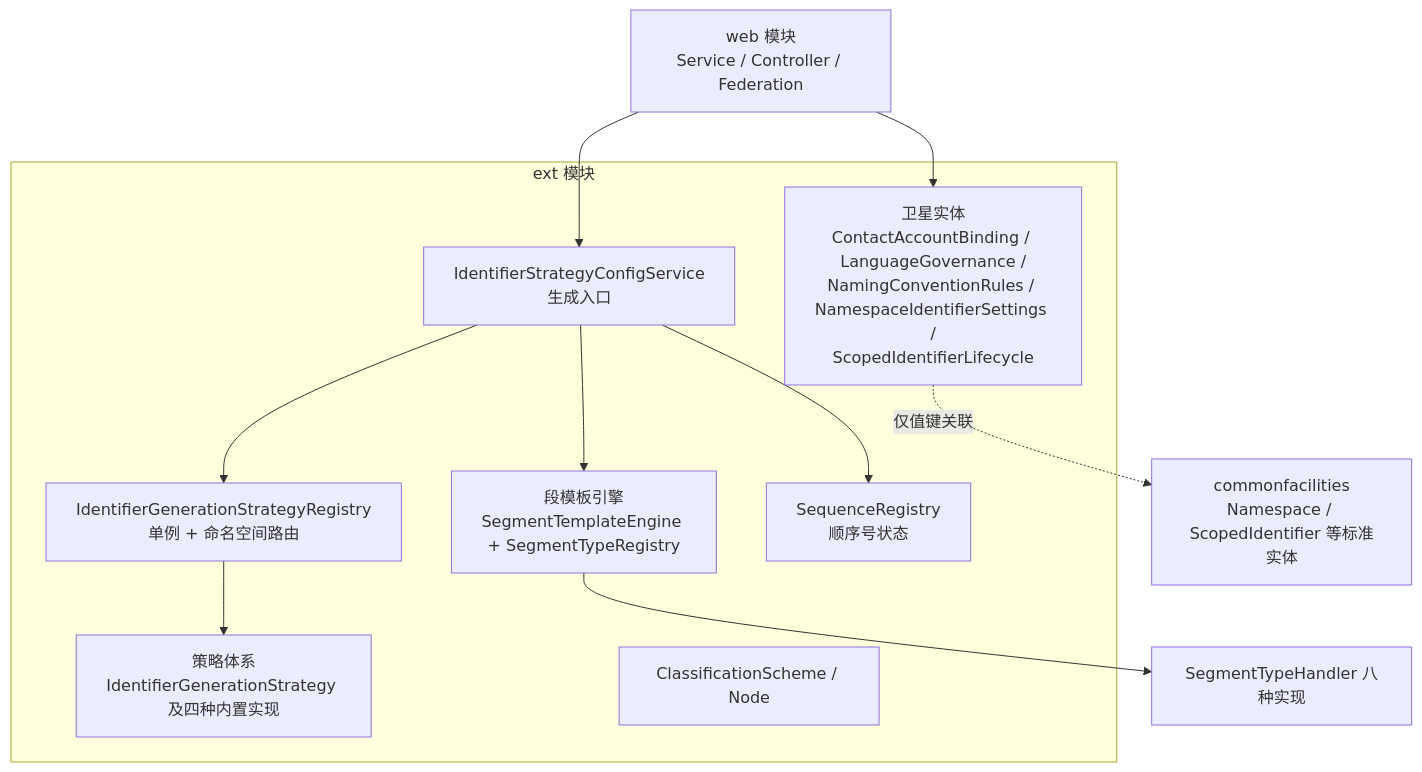
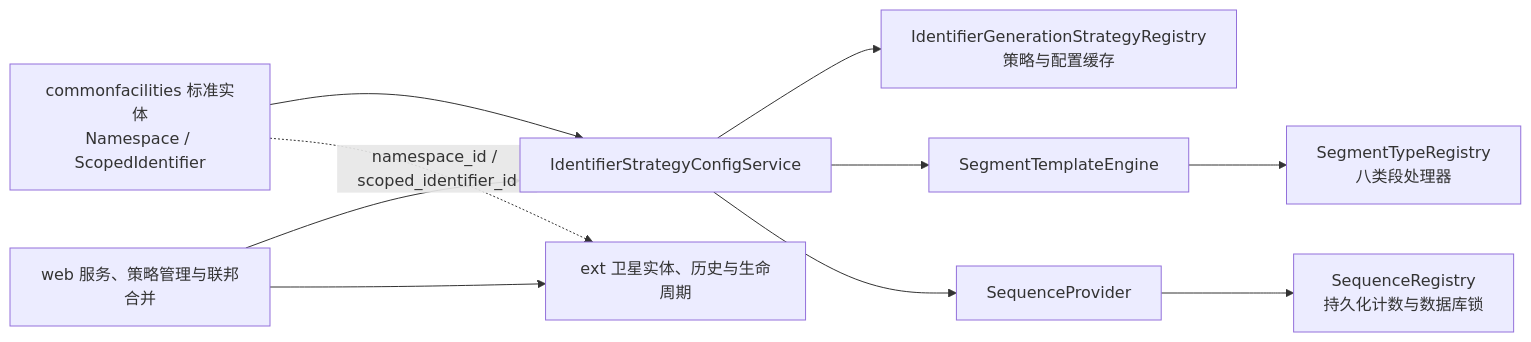
The diagram in docs/architecture/modules/metadata-registry-ext-src.md (matrixlane/MetadataRegistry4J), drawn with Mermaid before and after one commit. The commit also changed other lines of this file and 321 other files, not shown here.

````diff
--- a/docs/architecture/modules/metadata-registry-ext-src.md
+++ b/docs/architecture/modules/metadata-registry-ext-src.md
@@ -13,22 +39,12 @@
 ```mermaid
-graph TD
-    subgraph ext 模块
-        A[卫星实体<br/>ContactAccountBinding / LanguageGovernance /<br/>NamingConventionRules / NamespaceIdentifierSettings /<br/>ScopedIdentifierLifecycle]
-        B[策略体系<br/>IdentifierGenerationStrategy 及四种内置实现]
-        C[IdentifierGenerationStrategyRegistry<br/>单例 + 命名空间路由]
-        D[IdentifierStrategyConfigService<br/>生成入口]
-        E[段模板引擎<br/>SegmentTemplateEngine + SegmentTypeRegistry]
-        F[SequenceRegistry<br/>顺序号状态]
-        G[ClassificationScheme / Node]
-    end
-    CF[commonfacilities<br/>Namespace / ScopedIdentifier 等标准实体]
-    WEB[web 模块<br/>Service / Controller / Federation]
-    D --> C
-    D --> E
-    D --> F
-    C --> B
-    E --> E2[SegmentTypeHandler 八种实现]
-    WEB --> D
-    WEB --> A
-    A -.->|仅值键关联| CF
+flowchart LR
+    A["commonfacilities 标准实体<br/>Namespace / ScopedIdentifier"] --> B["IdentifierStrategyConfigService"]
+    B --> C["IdentifierGenerationStrategyRegistry<br/>策略与配置缓存"]
+    B --> D["SegmentTemplateEngine"]
+    D --> E["SegmentTypeRegistry<br/>八类段处理器"]
+    B --> F["SequenceProvider"]
+    F --> G["SequenceRegistry<br/>持久化计数与数据库锁"]
+    H["web 服务、策略管理与联邦合并"] --> B
+    H --> I["ext 卫星实体、历史与生命周期"]
+    A -. "namespace_id / scoped_identifier_id" .-> I
 ```
````
